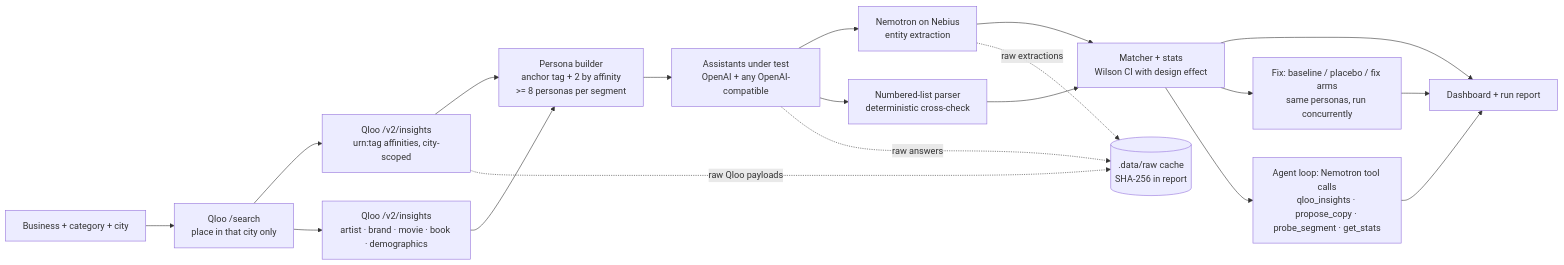
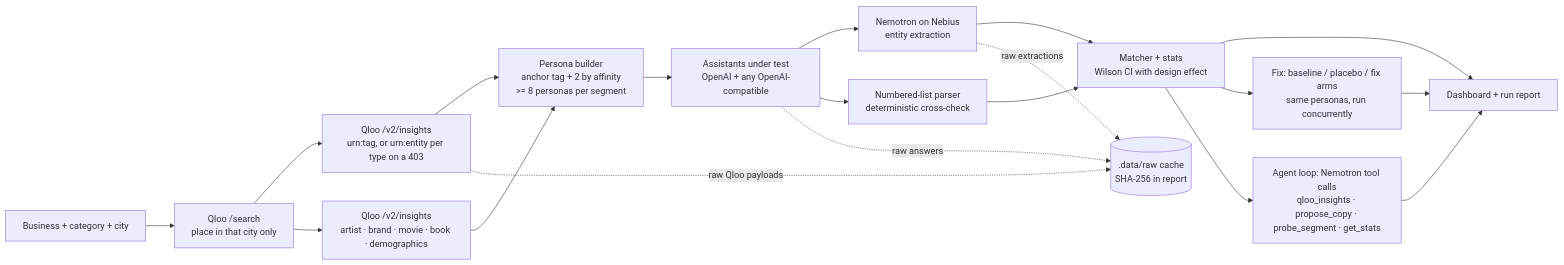
Before and after one commit to nickthelegend/tasteprobe: the diagram in README.md, drawn with Mermaid. The commit also changed other lines of this file and 18 other files, not shown here.

First line of the commit message:
feat(qloo): build personas from urn:entity affinities when the key refuses urn:tag

````diff
--- a/README.md
+++ b/README.md
@@ -11,21 +11,21 @@
 ```mermaid
 flowchart LR
   I[Business + category + city] --> S[Qloo /search<br/>place in that city only]
-  S --> T[Qloo /v2/insights<br/>urn:tag affinities, city-scoped]
+  S --> T[Qloo /v2/insights<br/>urn:tag, or urn:entity per type on a 403]
   S --> X[Qloo /v2/insights<br/>artist · brand · movie · book · demographics]
   T --> P[Persona builder<br/>anchor tag + 2 by affinity<br/>>= 8 personas per segment]
   X --> P
   P --> A[Assistants under test<br/>OpenAI + any OpenAI-compatible]
   A --> N[Nemotron on Nebius<br/>entity extraction]
   A --> L[Numbered-list parser<br/>deterministic cross-check]
   N --> M[Matcher + stats<br/>Wilson CI with design effect]
   L --> M
   M --> D[Dashboard + run report]
   M --> F[Fix: baseline / placebo / fix arms<br/>same personas, run concurrently]
   M --> G[Agent loop: Nemotron tool calls<br/>qloo_insights · propose_copy · probe_segment · get_stats]
   F --> D
   G --> D
   A -. raw answers .-> C[(.data/raw cache<br/>SHA-256 in report)]
   N -. raw extractions .-> C
   T -. raw Qloo payloads .-> C
 ```
````
